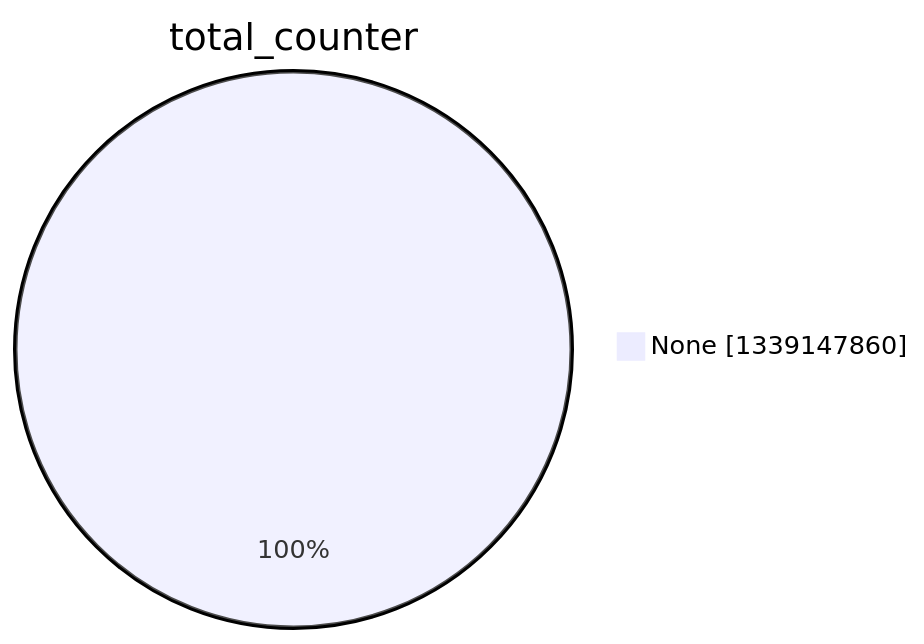
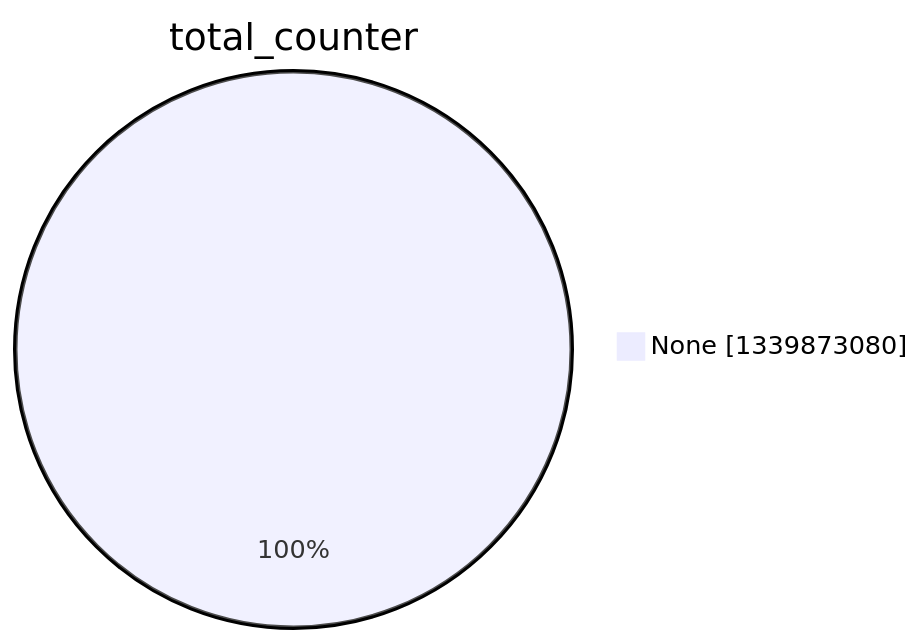
The second of 15 diagrams in argon2022/README.md (christiankrug/ctmonitor_visualization), drawn with Mermaid before and after one commit. The commit also changed other lines of this file, not shown here.

````diff
--- a/argon2022/README.md
+++ b/argon2022/README.md
@@ -9,5 +9,5 @@
 ```mermaid
 pie showData
 title total_counter
-"None" :1339147860
+"None" :1339873080
 ```
````
